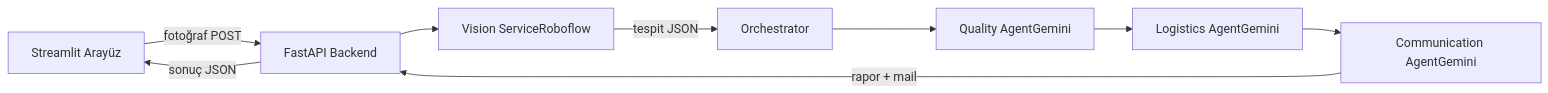
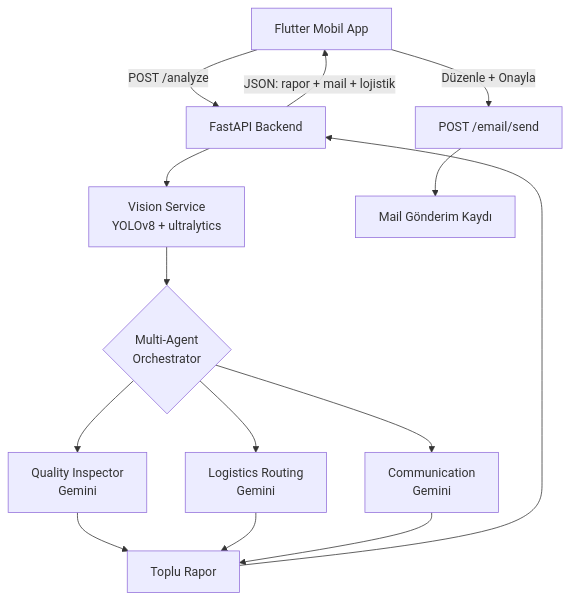
One commit to ytafk/agrotech-ai changed the diagram in README.md. Above: the diagram before and after it, drawn with Mermaid. The commit also changed other lines of this file, not shown here.

````diff
--- a/README.md
+++ b/README.md
@@ -18,11 +19,16 @@
 ```mermaid
-flowchart LR
-    U[Streamlit Arayüz] -->|fotoğraf POST| API[FastAPI Backend]
-    API --> VS[Vision ServiceRoboflow]
-    VS -->|tespit JSON| ORC[Orchestrator]
-    ORC --> QA[Quality AgentGemini]
-    QA --> LA[Logistics AgentGemini]
-    LA --> CA[Communication AgentGemini]
-    CA -->|rapor + mail| API
-    API -->|sonuç JSON| U
+flowchart TD
+    F[Flutter Mobil App] -->|POST /analyze| API[FastAPI Backend]
+    API --> VS[Vision Service<br/>YOLOv8 + ultralytics]
+    VS --> ORC{Multi-Agent<br/>Orchestrator}
+    ORC --> QA[Quality Inspector<br/>Gemini]
+    ORC --> LA[Logistics Routing<br/>Gemini]
+    ORC --> CA[Communication<br/>Gemini]
+    QA --> RES[Toplu Rapor]
+    LA --> RES
+    CA --> RES
+    RES --> API
+    API -->|JSON: rapor + mail + lojistik| F
+    F -->|Düzenle + Onayla| API2[POST /email/send]
+    API2 --> MAIL[Mail Gönderim Kaydı]
 ```
````
